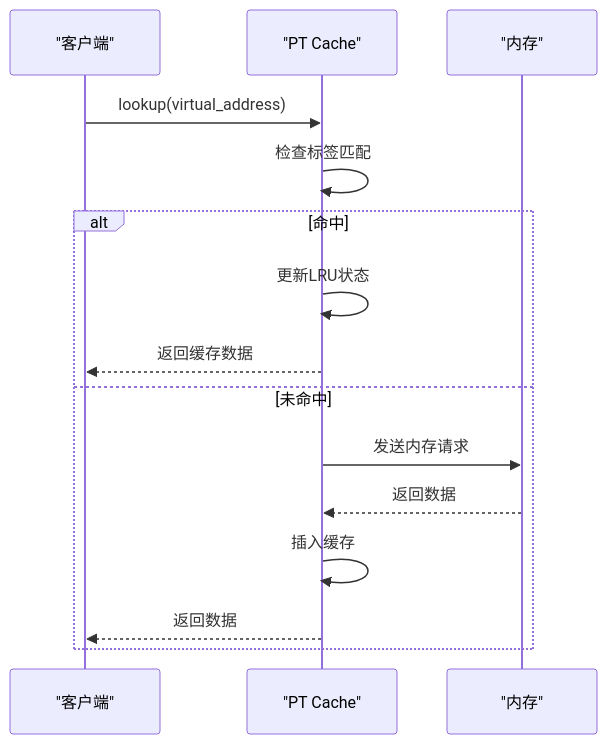
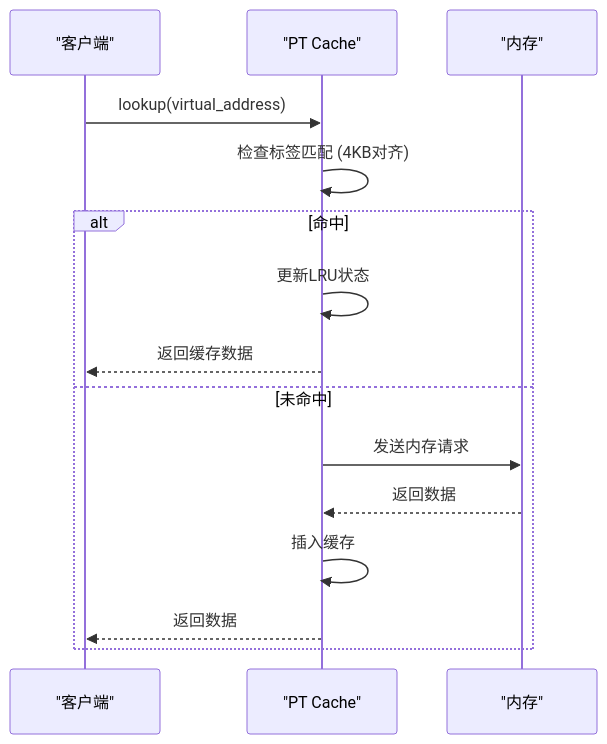
The fourth of 10 diagrams in .qoder/repowiki/zh/content/缓存系统架构/PT Cache预取实现分析.md (jiangjiang1122/iommu_model_20260401_v1), drawn with Mermaid before and after one commit. The commit also changed other lines of this file and 16 other files, not shown here.

````diff
--- a/.qoder/repowiki/zh/content/缓存系统架构/PT Cache预取实现分析.md
+++ b/.qoder/repowiki/zh/content/缓存系统架构/PT Cache预取实现分析.md
@@ -185,17 +223,17 @@
 ```mermaid
 sequenceDiagram
 participant Client as "客户端"
 participant PT_Cache as "PT Cache"
 participant Memory as "内存"
 Client->>PT_Cache : lookup(virtual_address)
-PT_Cache->>PT_Cache : 检查标签匹配
+PT_Cache->>PT_Cache : 检查标签匹配 (4KB对齐)
 alt 命中
 PT_Cache->>PT_Cache : 更新LRU状态
 PT_Cache-->>Client : 返回缓存数据
 else 未命中
 PT_Cache->>Memory : 发送内存请求
 Memory-->>PT_Cache : 返回数据
 PT_Cache->>PT_Cache : 插入缓存
 PT_Cache-->>Client : 返回数据
 end
 ```
````
